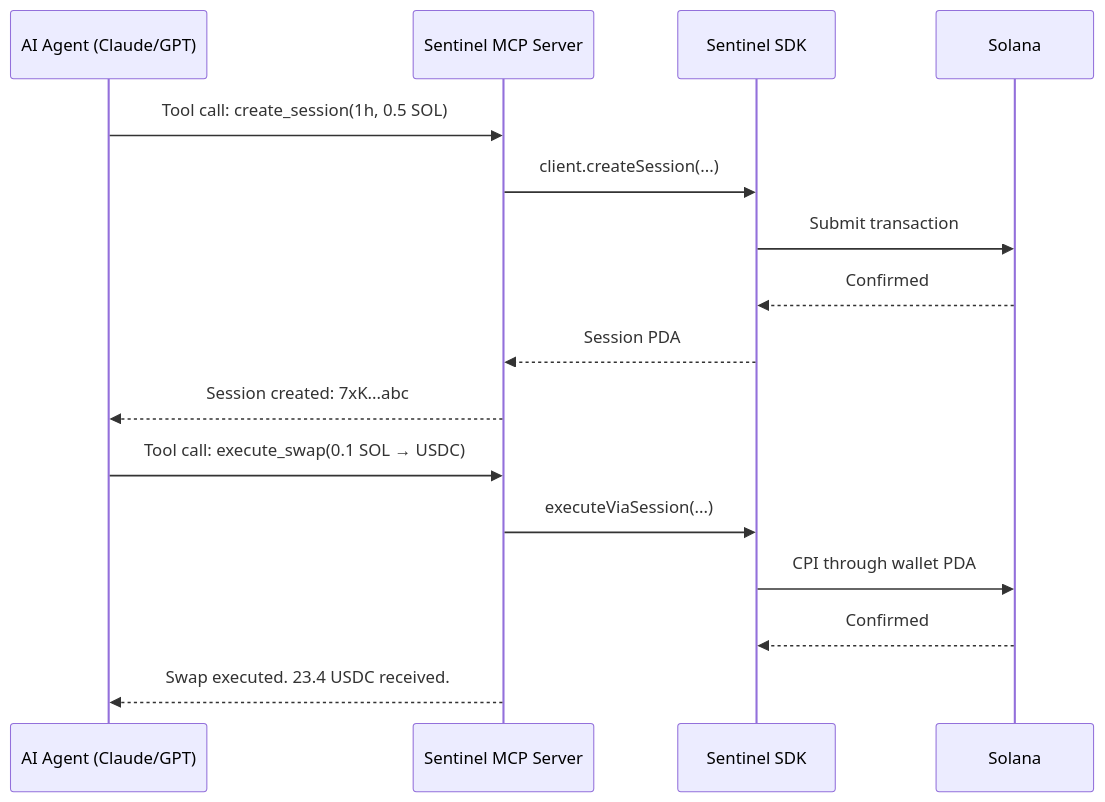
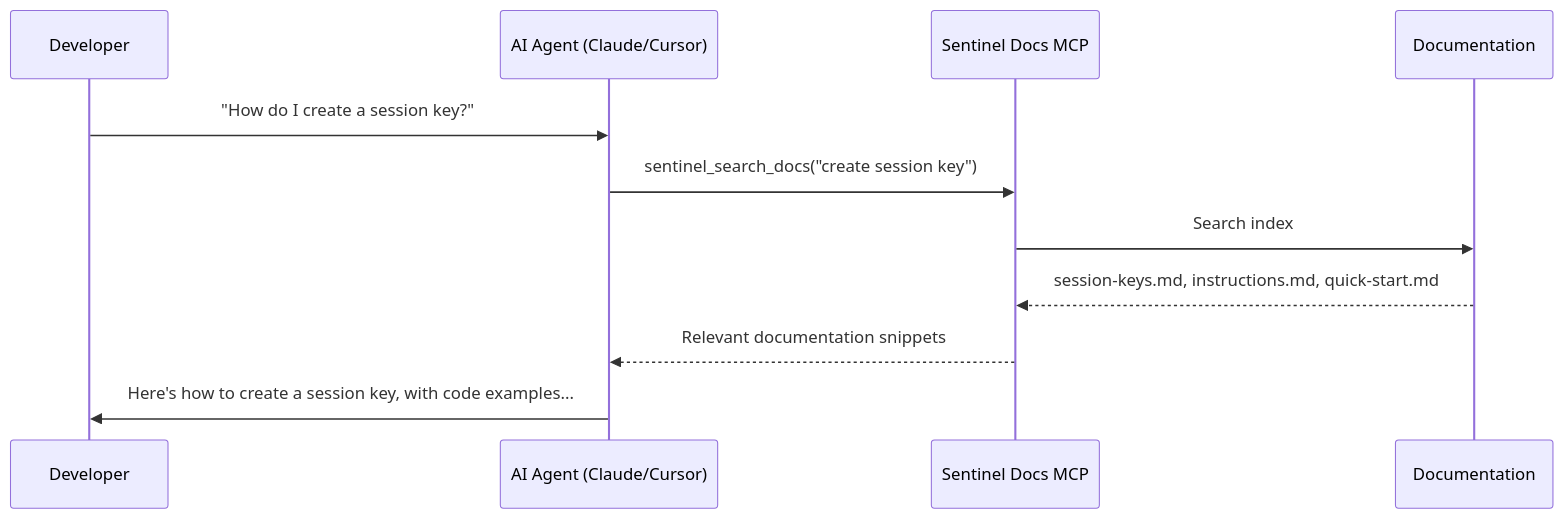
The first of 2 diagrams in docs/integrations/mcp.md (Immadominion/sentinel), drawn with Mermaid before and after one commit. The commit also changed other lines of this file and 3 other files, not shown here.

First line of the commit message:
fix: MCP page is for docs search, not wallet ops; wallet MCP moved to roadmap

````diff
--- a/docs/integrations/mcp.md
+++ b/docs/integrations/mcp.md
@@ -9,20 +9,14 @@
 ```mermaid
 sequenceDiagram
-    participant LLM as AI Agent (Claude/GPT)
-    participant MCP as Sentinel MCP Server
-    participant SDK as Sentinel SDK
-    participant Chain as Solana
+    participant Dev as Developer
+    participant LLM as AI Agent (Claude/Cursor)
+    participant MCP as Sentinel Docs MCP
+    participant Docs as Documentation
 
-    LLM->>MCP: Tool call: create_session(1h, 0.5 SOL)
-    MCP->>SDK: client.createSession(...)
-    SDK->>Chain: Submit transaction
-    Chain-->>SDK: Confirmed
-    SDK-->>MCP: Session PDA
-    MCP-->>LLM: Session created: 7xK...abc
-
-    LLM->>MCP: Tool call: execute_swap(0.1 SOL → USDC)
-    MCP->>SDK: executeViaSession(...)
-    SDK->>Chain: CPI through wallet PDA
-    Chain-->>SDK: Confirmed
-    MCP-->>LLM: Swap executed. 23.4 USDC received.
+    Dev->>LLM: "How do I create a session key?"
+    LLM->>MCP: sentinel_search_docs("create session key")
+    MCP->>Docs: Search index
+    Docs-->>MCP: session-keys.md, instructions.md, quick-start.md
+    MCP-->>LLM: Relevant documentation snippets
+    LLM->>Dev: Here's how to create a session key, with code examples...
 ```
````
